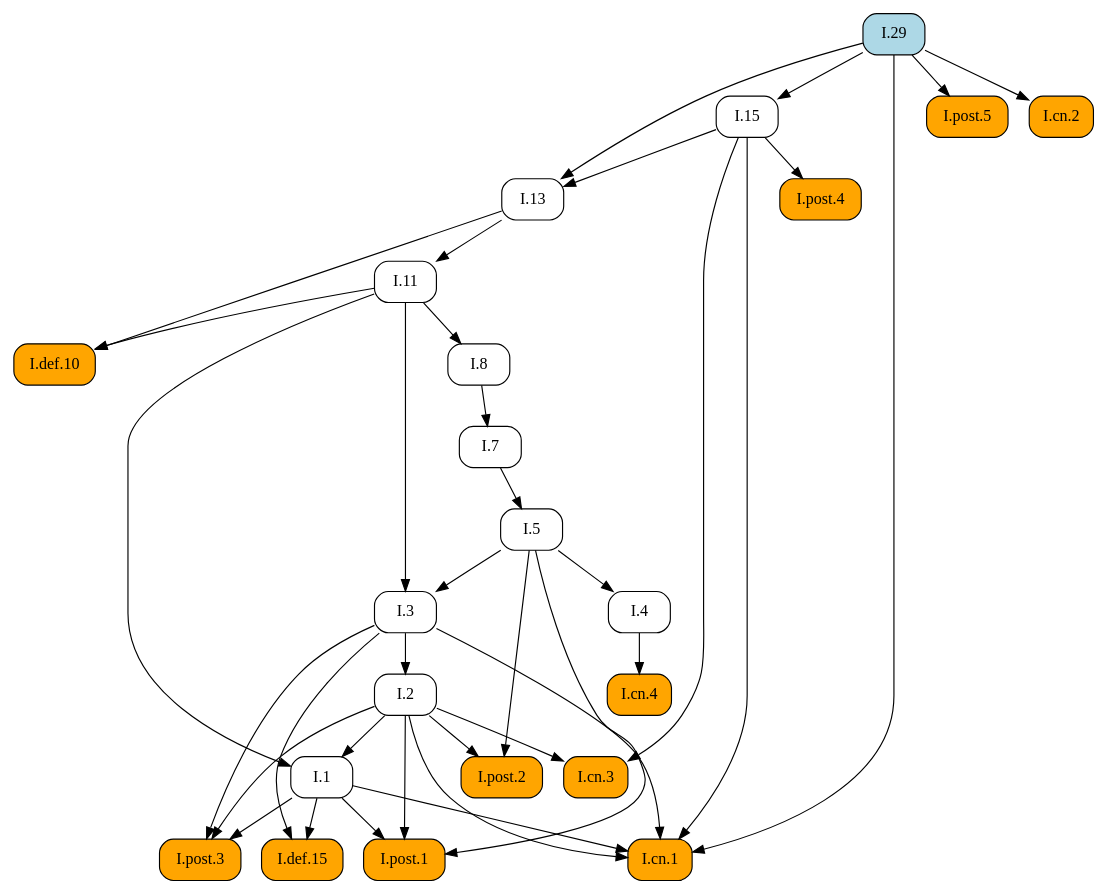
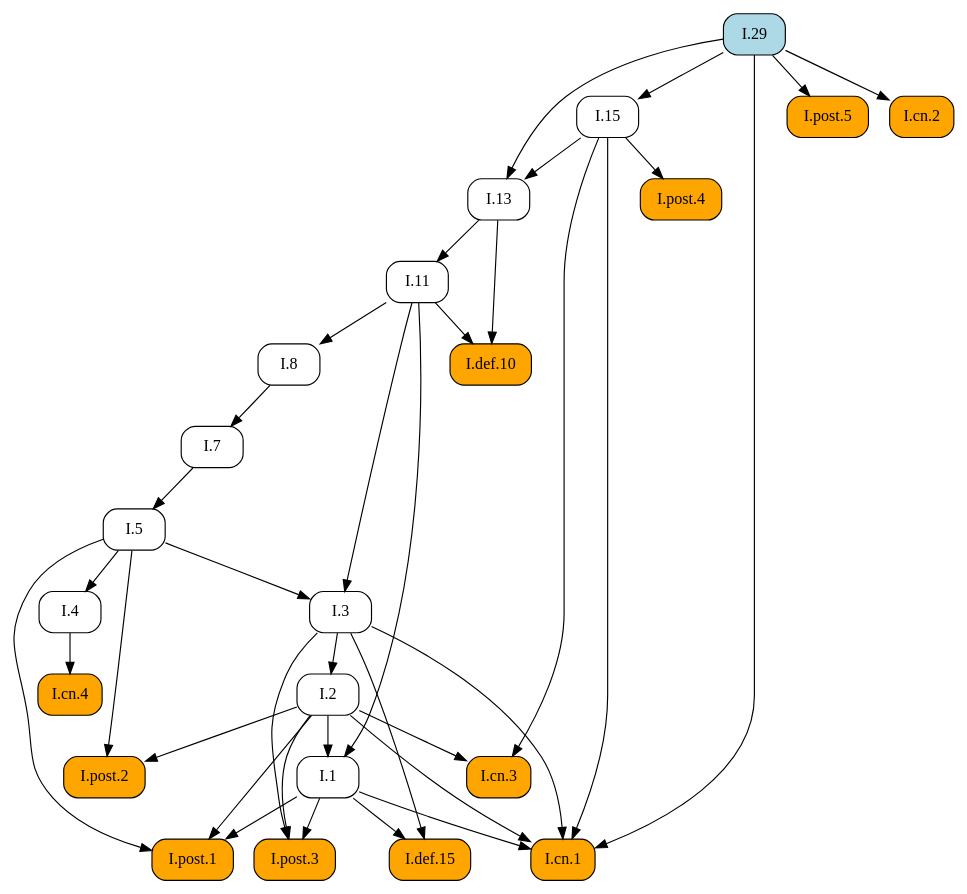
Before and after one commit to geometor/elements: the diagram in docsrc/elements2/I/29/index.rst, drawn with Graphviz. The commit also changed other lines of this file and 409 other files, not shown here.

First line of the commit message:
feat: Add image cropping and graphic extraction script

```diff
--- a/docsrc/elements2/I/29/index.rst
+++ b/docsrc/elements2/I/29/index.rst
@@ -77,64 +77,64 @@
 .. graphviz::
 
    digraph {
      rankdir="TB";
      node [shape=box, style=rounded];
+     "I.def.15" [style="rounded,filled", fillcolor=orange, URL="/elements2/I/def.15/", target="_top"];
+     "I.def.10" [style="rounded,filled", fillcolor=orange, URL="/elements2/I/def.10/", target="_top"];
+     "I.11" [URL="/elements2/I/11/", target="_top"];
+     "I.post.4" [style="rounded,filled", fillcolor=orange, URL="/elements2/I/post.4/", target="_top"];
      "I.8" [URL="/elements2/I/8/", target="_top"];
-     "I.cn.3" [style="rounded,filled", fillcolor=orange, URL="/elements2/I/cn.3/", target="_top"];
-     "I.1" [URL="/elements2/I/1/", target="_top"];
-     "I.cn.4" [style="rounded,filled", fillcolor=orange, URL="/elements2/I/cn.4/", target="_top"];
-     "I.7" [URL="/elements2/I/7/", target="_top"];
-     "I.post.1" [style="rounded,filled", fillcolor=orange, URL="/elements2/I/post.1/", target="_top"];
+     "I.15" [URL="/elements2/I/15/", target="_top"];
      "I.5" [URL="/elements2/I/5/", target="_top"];
      "I.post.5" [style="rounded,filled", fillcolor=orange, URL="/elements2/I/post.5/", target="_top"];
+     "I.3" [URL="/elements2/I/3/", target="_top"];
+     "I.cn.3" [style="rounded,filled", fillcolor=orange, URL="/elements2/I/cn.3/", target="_top"];
      "I.cn.1" [style="rounded,filled", fillcolor=orange, URL="/elements2/I/cn.1/", target="_top"];
-     "I.post.4" [style="rounded,filled", fillcolor=orange, URL="/elements2/I/post.4/", target="_top"];
-     "I.def.10" [style="rounded,filled", fillcolor=orange, URL="/elements2/I/def.10/", target="_top"];
      "I.13" [URL="/elements2/I/13/", target="_top"];
+     "I.post.3" [style="rounded,filled", fillcolor=orange, URL="/elements2/I/post.3/", target="_top"];
+     "I.4" [URL="/elements2/I/4/", target="_top"];
+     "I.7" [URL="/elements2/I/7/", target="_top"];
      "I.29" [style="rounded,filled", fillcolor=lightblue, URL="/elements2/I/29/", target="_top"];
+     "I.post.1" [style="rounded,filled", fillcolor=orange, URL="/elements2/I/post.1/", target="_top"];
+     "I.2" [URL="/elements2/I/2/", target="_top"];
+     "I.1" [URL="/elements2/I/1/", target="_top"];
      "I.cn.2" [style="rounded,filled", fillcolor=orange, URL="/elements2/I/cn.2/", target="_top"];
-     "I.2" [URL="/elements2/I/2/", target="_top"];
-     "I.def.15" [style="rounded,filled", fillcolor=orange, URL="/elements2/I/def.15/", target="_top"];
-     "I.4" [URL="/elements2/I/4/", target="_top"];
-     "I.11" [URL="/elements2/I/11/", target="_top"];
-     "I.15" [URL="/elements2/I/15/", target="_top"];
-     "I.3" [URL="/elements2/I/3/", target="_top"];
+     "I.cn.4" [style="rounded,filled", fillcolor=orange, URL="/elements2/I/cn.4/", target="_top"];
      "I.post.2" [style="rounded,filled", fillcolor=orange, URL="/elements2/I/post.2/", target="_top"];
-     "I.post.3" [style="rounded,filled", fillcolor=orange, URL="/elements2/I/post.3/", target="_top"];
+     "I.1" -> "I.def.15";
+     "I.3" -> "I.def.15";
+     "I.11" -> "I.def.10";
+     "I.13" -> "I.def.10";
+     "I.13" -> "I.11";
+     "I.15" -> "I.post.4";
      "I.11" -> "I.8";
+     "I.29" -> "I.15";
+     "I.7" -> "I.5";
+     "I.29" -> "I.post.5";
+     "I.5" -> "I.3";
+     "I.11" -> "I.3";
      "I.2" -> "I.cn.3";
      "I.15" -> "I.cn.3";
-     "I.2" -> "I.1";
-     "I.11" -> "I.1";
-     "I.4" -> "I.cn.4";
-     "I.8" -> "I.7";
-     "I.1" -> "I.post.1";
-     "I.2" -> "I.post.1";
-     "I.5" -> "I.post.1";
-     "I.7" -> "I.5";
-     "I.29" -> "I.post.5";
      "I.1" -> "I.cn.1";
      "I.2" -> "I.cn.1";
      "I.3" -> "I.cn.1";
      "I.15" -> "I.cn.1";
      "I.29" -> "I.cn.1";
-     "I.15" -> "I.post.4";
-     "I.11" -> "I.def.10";
-     "I.13" -> "I.def.10";
      "I.15" -> "I.13";
      "I.29" -> "I.13";
-     "I.29" -> "I.cn.2";
-     "I.3" -> "I.2";
-     "I.1" -> "I.def.15";
-     "I.3" -> "I.def.15";
-     "I.5" -> "I.4";
-     "I.13" -> "I.11";
-     "I.29" -> "I.15";
-     "I.5" -> "I.3";
-     "I.11" -> "I.3";
-     "I.2" -> "I.post.2";
-     "I.5" -> "I.post.2";
      "I.1" -> "I.post.3";
      "I.2" -> "I.post.3";
      "I.3" -> "I.post.3";
+     "I.5" -> "I.4";
+     "I.8" -> "I.7";
+     "I.1" -> "I.post.1";
+     "I.2" -> "I.post.1";
+     "I.5" -> "I.post.1";
+     "I.3" -> "I.2";
+     "I.2" -> "I.1";
+     "I.11" -> "I.1";
+     "I.29" -> "I.cn.2";
+     "I.4" -> "I.cn.4";
+     "I.2" -> "I.post.2";
+     "I.5" -> "I.post.2";
    }
```
